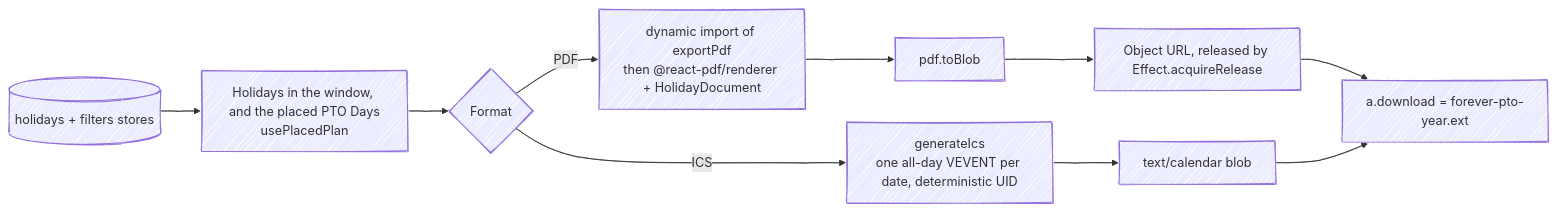
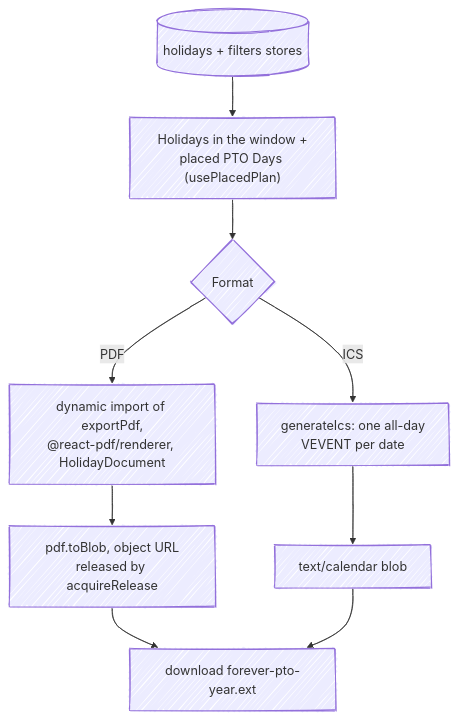
The diagram in apps/docs/src/content/docs/how-it-works/exports.mdx (fbuireu/forever-pto), drawn with Mermaid before and after one commit. The commit also changed other lines of this file and 16 other files, not shown here.

First line of the commit message:
docs(docs): fix how-it-works drift and rework the diagrams to read at column width

````diff
--- a/apps/docs/src/content/docs/how-it-works/exports.mdx
+++ b/apps/docs/src/content/docs/how-it-works/exports.mdx
@@ -15,16 +15,15 @@
 ```mermaid
 ---
 config:
   look: handDrawn
   layout: dagre
 ---
-flowchart LR
-  ST[(holidays + filters stores)] --> SEL[Holidays in the window, and the placed PTO Days<br/>usePlacedPlan]
+flowchart TB
+  ST[(holidays + filters stores)] --> SEL["Holidays in the window +<br/>placed PTO Days (usePlacedPlan)"]
   SEL --> T{Format}
-  T -- PDF --> DYN[dynamic import of exportPdf<br/>then @react-pdf/renderer + HolidayDocument]
-  DYN --> BLOB1[pdf.toBlob]
-  BLOB1 --> URL[Object URL, released by Effect.acquireRelease]
-  T -- ICS --> GEN[generateIcs<br/>one all-day VEVENT per date, deterministic UID]
+  T -- PDF --> DYN["dynamic import of exportPdf,<br/>@react-pdf/renderer, HolidayDocument"]
+  DYN --> BLOB1["pdf.toBlob, object URL<br/>released by acquireRelease"]
+  T -- ICS --> GEN["generateIcs: one all-day<br/>VEVENT per date"]
   GEN --> BLOB2[text/calendar blob]
-  URL & BLOB2 --> DL[a.download = forever-pto-year.ext]
+  BLOB1 & BLOB2 --> DL["download forever-pto-year.ext"]
 ```
````
